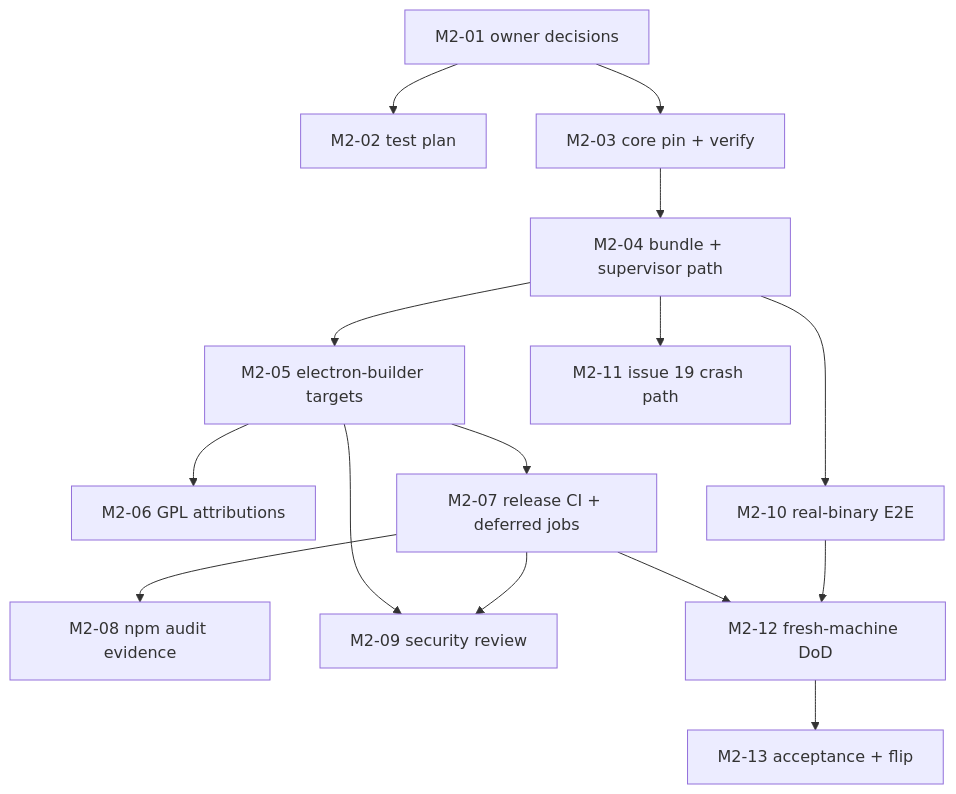
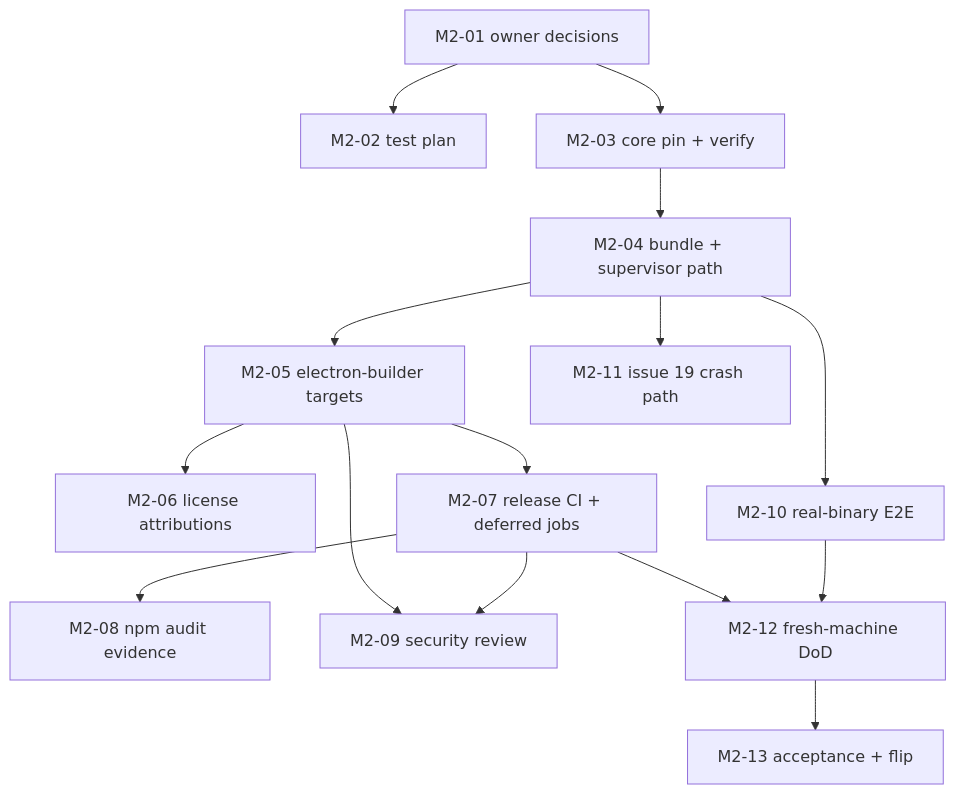
The diagram in docs/plans/m2-packaging.md (thevladimirzh/s3-bypass-desktop), drawn with Mermaid before and after one commit. The commit also changed other lines of this file and 17 other files, not shown here.

````diff
--- a/docs/plans/m2-packaging.md
+++ b/docs/plans/m2-packaging.md
@@ -125,17 +127,17 @@
 ```mermaid
 graph TD
   M2-01[M2-01 owner decisions] --> M2-02[M2-02 test plan]
   M2-01 --> M2-03[M2-03 core pin + verify]
   M2-03 --> M2-04[M2-04 bundle + supervisor path]
   M2-04 --> M2-05[M2-05 electron-builder targets]
-  M2-05 --> M2-06[M2-06 GPL attributions]
+  M2-05 --> M2-06[M2-06 license attributions]
   M2-05 --> M2-07[M2-07 release CI + deferred jobs]
   M2-07 --> M2-08[M2-08 npm audit evidence]
   M2-05 --> M2-09[M2-09 security review]
   M2-07 --> M2-09
   M2-04 --> M2-10[M2-10 real-binary E2E]
   M2-04 --> M2-11[M2-11 issue 19 crash path]
   M2-07 --> M2-12[M2-12 fresh-machine DoD]
   M2-10 --> M2-12
   M2-12 --> M2-13[M2-13 acceptance + flip]
 ```
````
